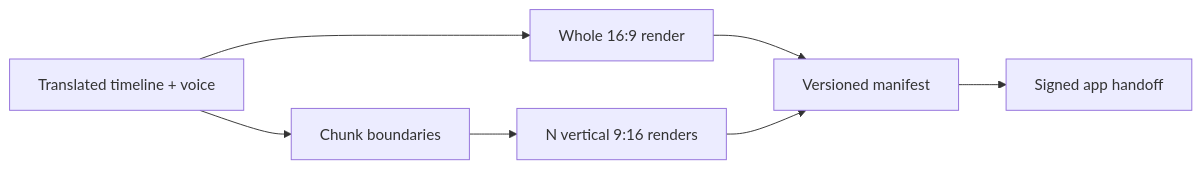
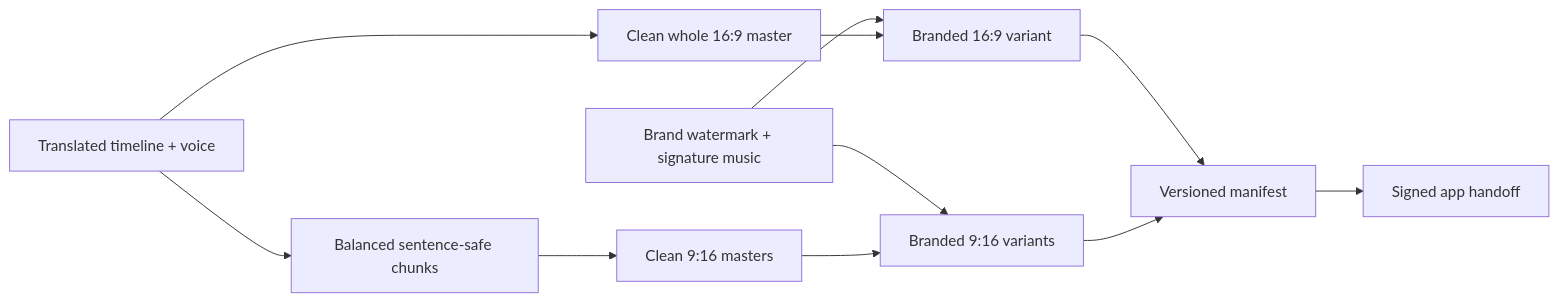
The diagram in features/media_variants_manifest/spec.md (quyen244/free-scheduler), drawn with Mermaid before and after one commit. The commit also changed other lines of this file and 25 other files, not shown here.

````diff
--- a/features/media_variants_manifest/spec.md
+++ b/features/media_variants_manifest/spec.md
@@ -18,9 +20,13 @@
 ```mermaid
 flowchart LR
-    S[Translated timeline + voice] --> Y[Whole 16:9 render]
-    S --> C[Chunk boundaries]
-    C --> V[N vertical 9:16 renders]
-    Y --> M[Versioned manifest]
-    V --> M
+    S[Translated timeline + voice] --> Y[Clean whole 16:9 master]
+    S --> C[Balanced sentence-safe chunks]
+    C --> V[Clean 9:16 masters]
+    B[Brand watermark + signature music] --> BY[Branded 16:9 variant]
+    B --> BV[Branded 9:16 variants]
+    Y --> BY
+    V --> BV
+    BY --> M[Versioned manifest]
+    BV --> M
     M --> H[Signed app handoff]
 ```
````
